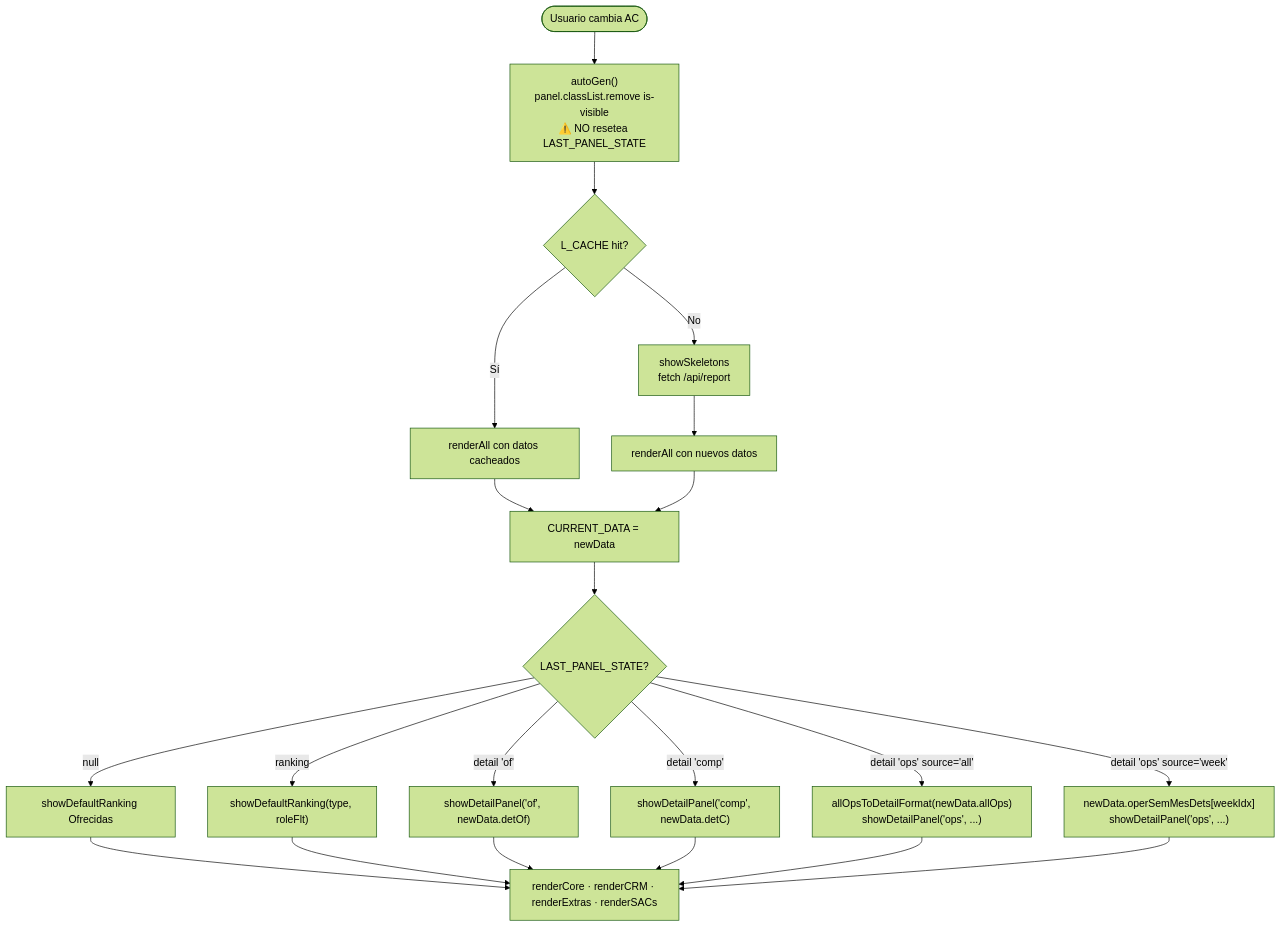
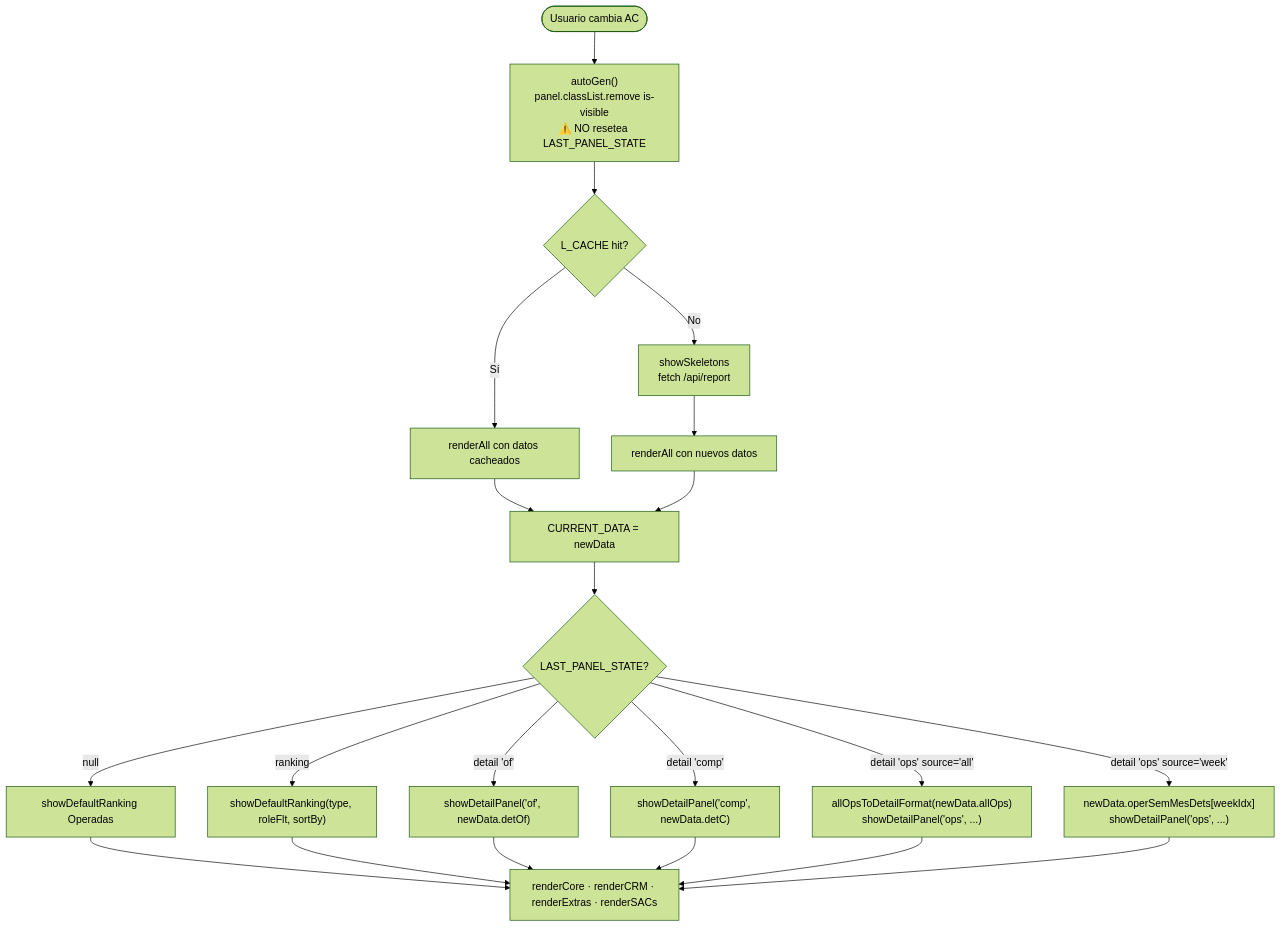
The eighth of 8 diagrams in MAPA_PROYECTO.md (jsineriz-commits/ReporteSemanal), drawn with Mermaid (forest theme) before and after one commit. The commit also changed other lines of this file, not shown here.

````diff
--- a/MAPA_PROYECTO.md
+++ b/MAPA_PROYECTO.md
@@ -201,17 +215,17 @@
 ```mermaid
 flowchart TD
     A([Usuario cambia AC]) --> B["autoGen()\npanel.classList.remove is-visible\n⚠️ NO resetea LAST_PANEL_STATE"]
     B --> C{L_CACHE hit?}
     C -- Sí --> D[renderAll con datos cacheados]
     C -- No --> E[showSkeletons\nfetch /api/report]
     E --> F[renderAll con nuevos datos]
     D & F --> G["CURRENT_DATA = newData"]
     G --> H{LAST_PANEL_STATE?}
-    H -- null --> I[showDefaultRanking Ofrecidas]
-    H -- ranking --> J["showDefaultRanking(type, roleFlt)"]
+    H -- null --> I[showDefaultRanking Operadas]
+    H -- ranking --> J["showDefaultRanking(type, roleFlt, sortBy)"]
     H -- "detail 'of'" --> K["showDetailPanel('of', newData.detOf)"]
     H -- "detail 'comp'" --> L["showDetailPanel('comp', newData.detC)"]
     H -- "detail 'ops' source='all'" --> M["allOpsToDetailFormat(newData.allOps)\nshowDetailPanel('ops', ...)"]
     H -- "detail 'ops' source='week'" --> N["newData.operSemMesDets[weekIdx]\nshowDetailPanel('ops', ...)"]
     I & J & K & L & M & N --> O[renderCore · renderCRM · renderExtras · renderSACs]
 ```
````
